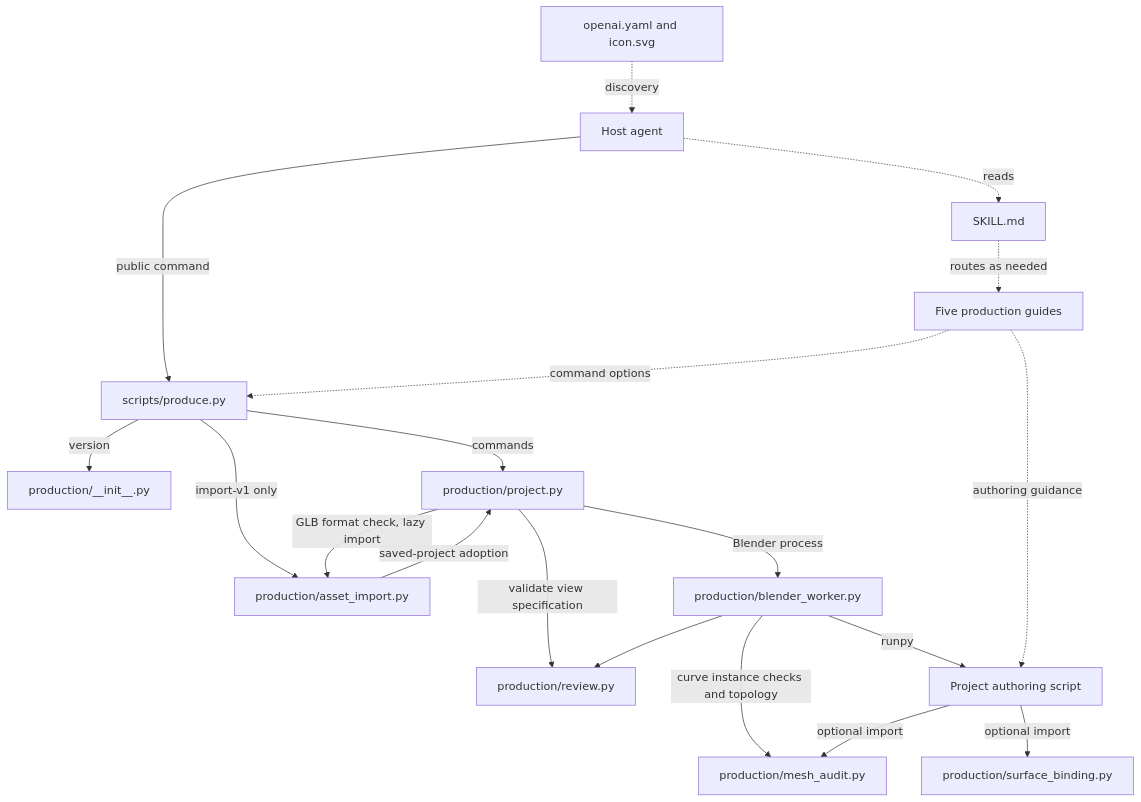
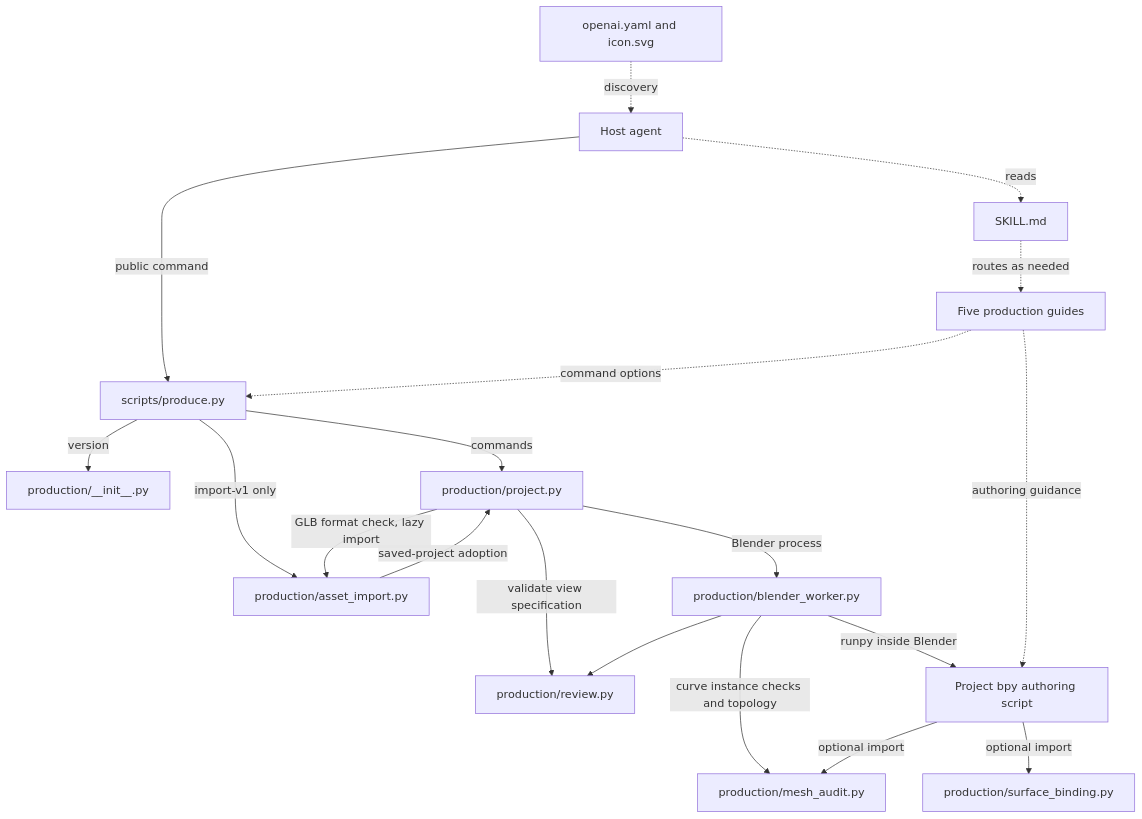
Before and after one commit to ictseoyoungmin/refas: the diagram in docs/development/refas-2-skill-map.md, drawn with Mermaid. The commit also changed other lines of this file and 6 other files, not shown here.

````diff
--- a/docs/development/refas-2-skill-map.md
+++ b/docs/development/refas-2-skill-map.md
@@ -22,23 +22,23 @@
 ```mermaid
 flowchart TD
     Discovery["openai.yaml and icon.svg"] -. "discovery" .-> Agent["Host agent"]
     Agent -. "reads" .-> Skill["SKILL.md"]
     Skill -. "routes as needed" .-> Guides["Five production guides"]
     Agent -- "public command" --> CLI["scripts/produce.py"]
     Guides -. "command options" .-> CLI
 
     CLI -- "version" --> Identity["production/__init__.py"]
     CLI -- "commands" --> Project["production/project.py"]
     CLI -- "import-v1 only" --> Import["production/asset_import.py"]
     Project -- "GLB format check, lazy import" --> Import
     Import -- "saved-project adoption" --> Project
 
     Project -- "validate view specification" --> Review["production/review.py"]
     Project -- "Blender process" --> Worker["production/blender_worker.py"]
     Worker --> Review
     Worker -- "curve instance checks and topology" --> Audit["production/mesh_audit.py"]
-    Worker -- "runpy" --> Script["Project authoring script"]
+    Worker -- "runpy inside Blender" --> Script["Project bpy authoring script"]
     Guides -. "authoring guidance" .-> Script
     Script -- "optional import" --> Audit
     Script -- "optional import" --> Binding["production/surface_binding.py"]
 ```
````
